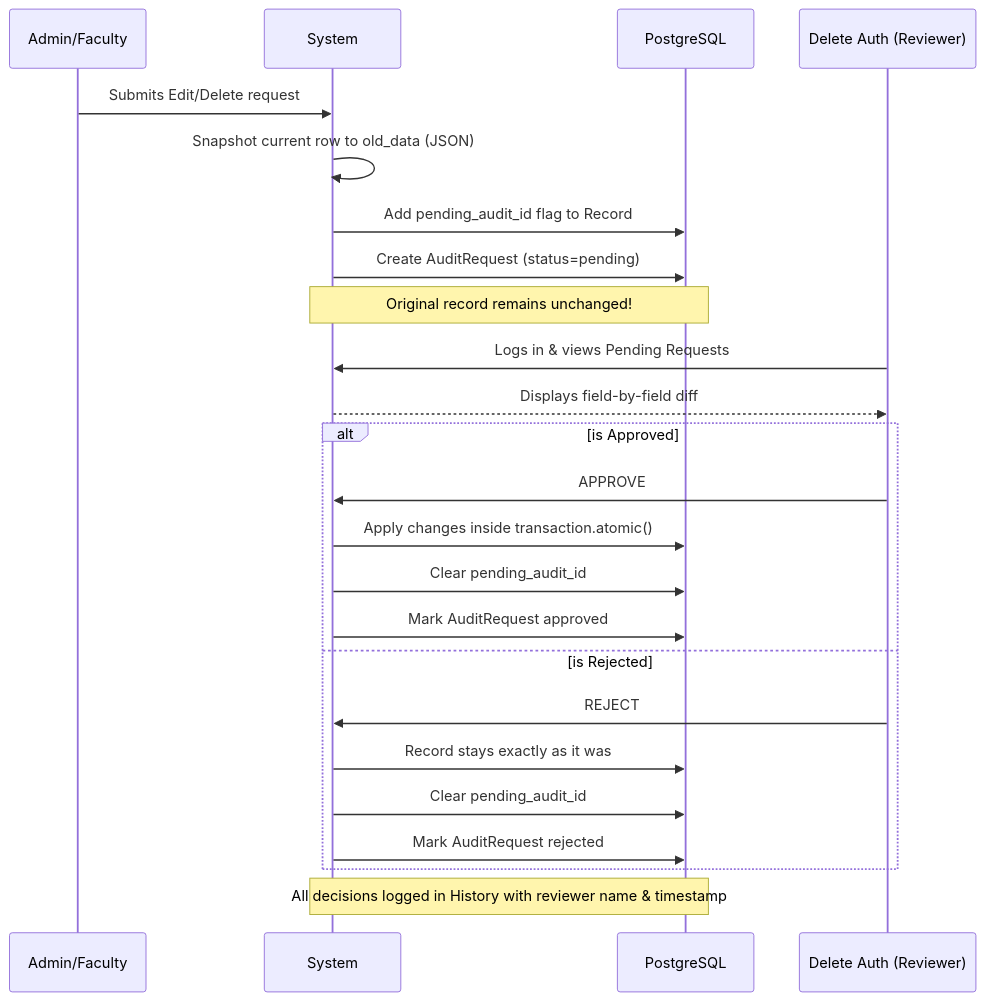
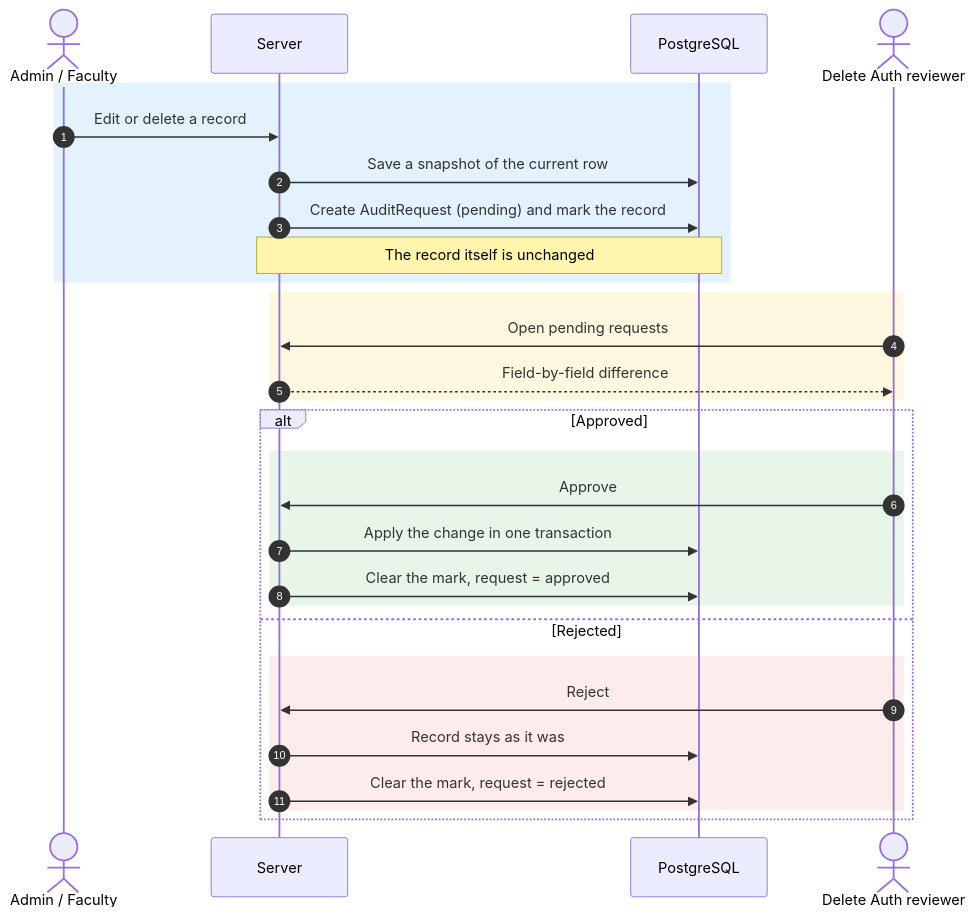
Before and after one commit to aarushchaudhary/nmpralekh: the third of 10 diagrams in README.md, drawn with Mermaid. The commit also changed other lines of this file and 32 other files, not shown here.

Commit message:
Run Export all in Celery, derive MIS sent flags from times, lock error tickets, unique export filenames, Android token refresh, saved login and no body logging, add app icons and favicon, rewrite README, refresh knowledge graph

````diff
--- a/README.md
+++ b/README.md
@@ -249,30 +191,34 @@
 ```mermaid
 sequenceDiagram
-    participant U as Admin/Faculty
-    participant S as System
+    autonumber
+    actor U as Admin / Faculty
+    participant S as Server
     participant DB as PostgreSQL
-    participant D as Delete Auth (Reviewer)
-    
-    U->>S: Submits Edit/Delete request
-    S->>S: Snapshot current row to old_data (JSON)
-    S->>DB: Add pending_audit_id flag to Record
-    S->>DB: Create AuditRequest (status=pending)
-    Note over S,DB: Original record remains unchanged!
-    
-    D->>S: Logs in & views Pending Requests
-    S-->>D: Displays field-by-field diff
-    
-    alt is Approved
-        D->>S: APPROVE
-        S->>DB: Apply changes inside transaction.atomic()
-        S->>DB: Clear pending_audit_id
-        S->>DB: Mark AuditRequest approved
-    else is Rejected
-        D->>S: REJECT
-        S->>DB: Record stays exactly as it was
-        S->>DB: Clear pending_audit_id
-        S->>DB: Mark AuditRequest rejected
+    actor R as Delete Auth reviewer
+
+    rect rgb(227, 242, 253)
+    U->>S: Edit or delete a record
+    S->>DB: Save a snapshot of the current row
+    S->>DB: Create AuditRequest (pending) and mark the record
+    Note over S,DB: The record itself is unchanged
     end
-    
-    Note over S,DB: All decisions logged in History with reviewer name & timestamp
+
+    rect rgb(255, 248, 225)
+    R->>S: Open pending requests
+    S-->>R: Field-by-field difference
+    end
+
+    alt Approved
+        rect rgb(232, 245, 233)
+        R->>S: Approve
+        S->>DB: Apply the change in one transaction
+        S->>DB: Clear the mark, request = approved
+        end
+    else Rejected
+        rect rgb(253, 236, 236)
+        R->>S: Reject
+        S->>DB: Record stays as it was
+        S->>DB: Clear the mark, request = rejected
+        end
+    end
 ```
````
